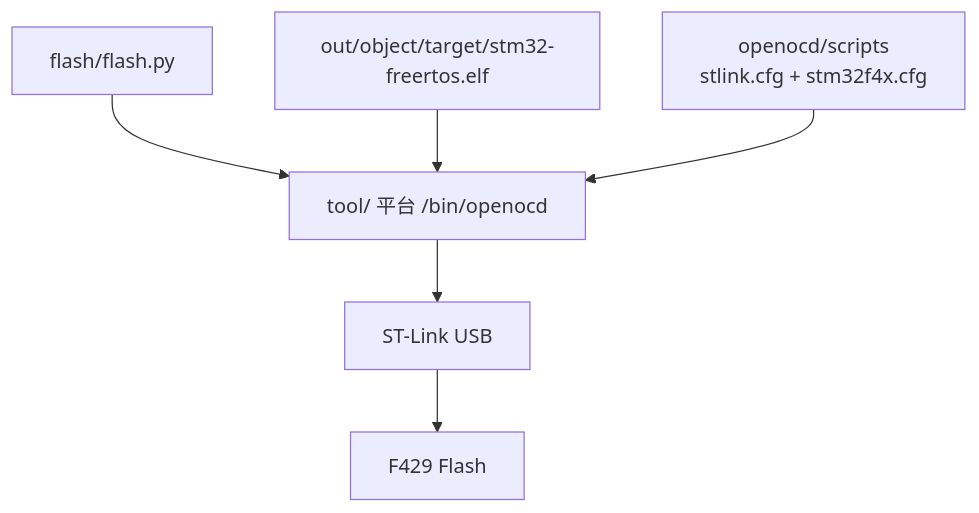
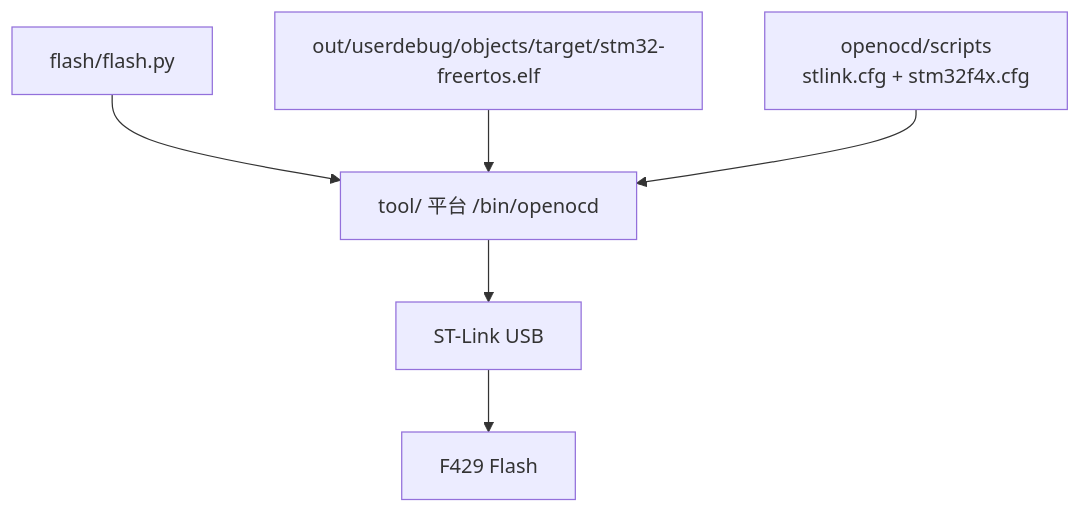
One commit to wanglinchen/stm32_freertos changed the second of 5 diagrams in doc/design/搭建环境.md. Above: the diagram before and after it, drawn with Mermaid. The commit also changed other lines of this file and 43 other files, not shown here.

````diff
--- a/doc/design/搭建环境.md
+++ b/doc/design/搭建环境.md
@@ -161,15 +161,15 @@
 ```mermaid
 flowchart TB
     FLASH["flash/flash.py"]
     OCD["tool/ 平台 /bin/openocd"]
     SCR["openocd/scripts\nstlink.cfg + stm32f4x.cfg"]
-    ELF["out/object/target/stm32-freertos.elf"]
+    ELF["out/userdebug/objects/target/stm32-freertos.elf"]
     STLINK["ST-Link USB"]
     MCU["F429 Flash"]
 
     FLASH --> OCD
     ELF --> OCD
     SCR --> OCD
     OCD --> STLINK
     STLINK --> MCU
 ```
````
